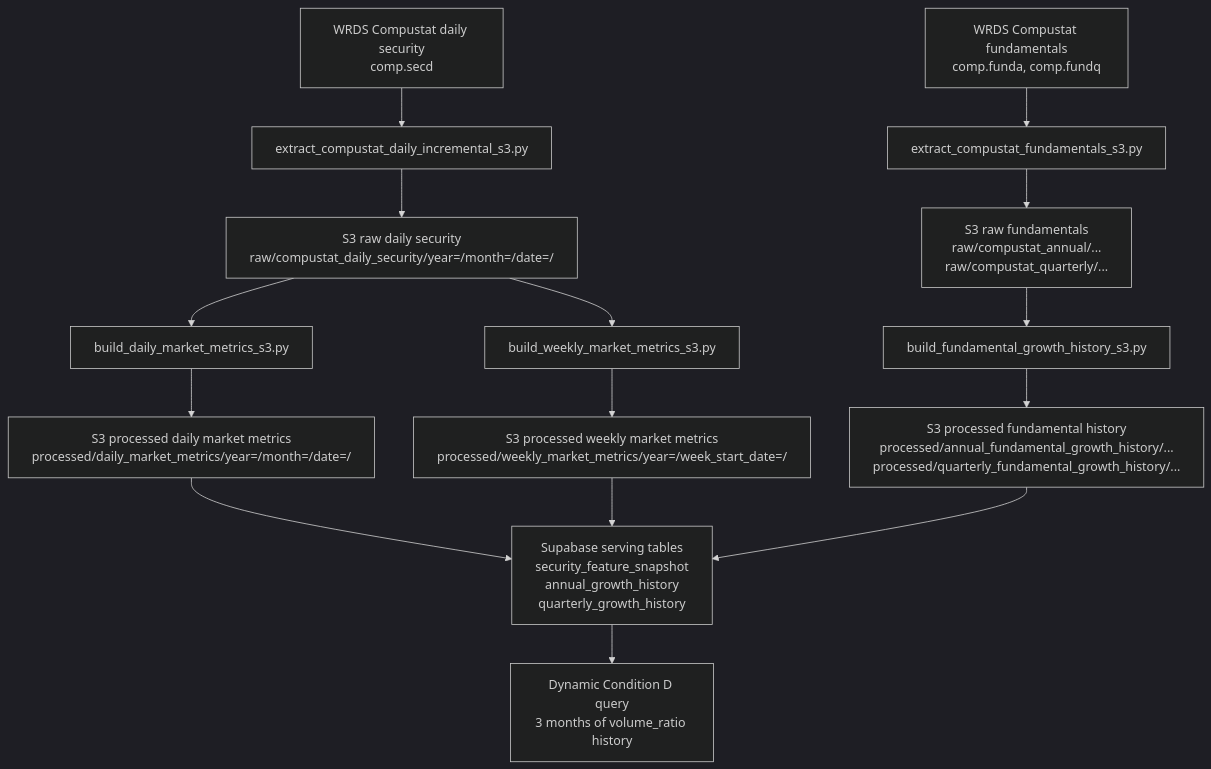
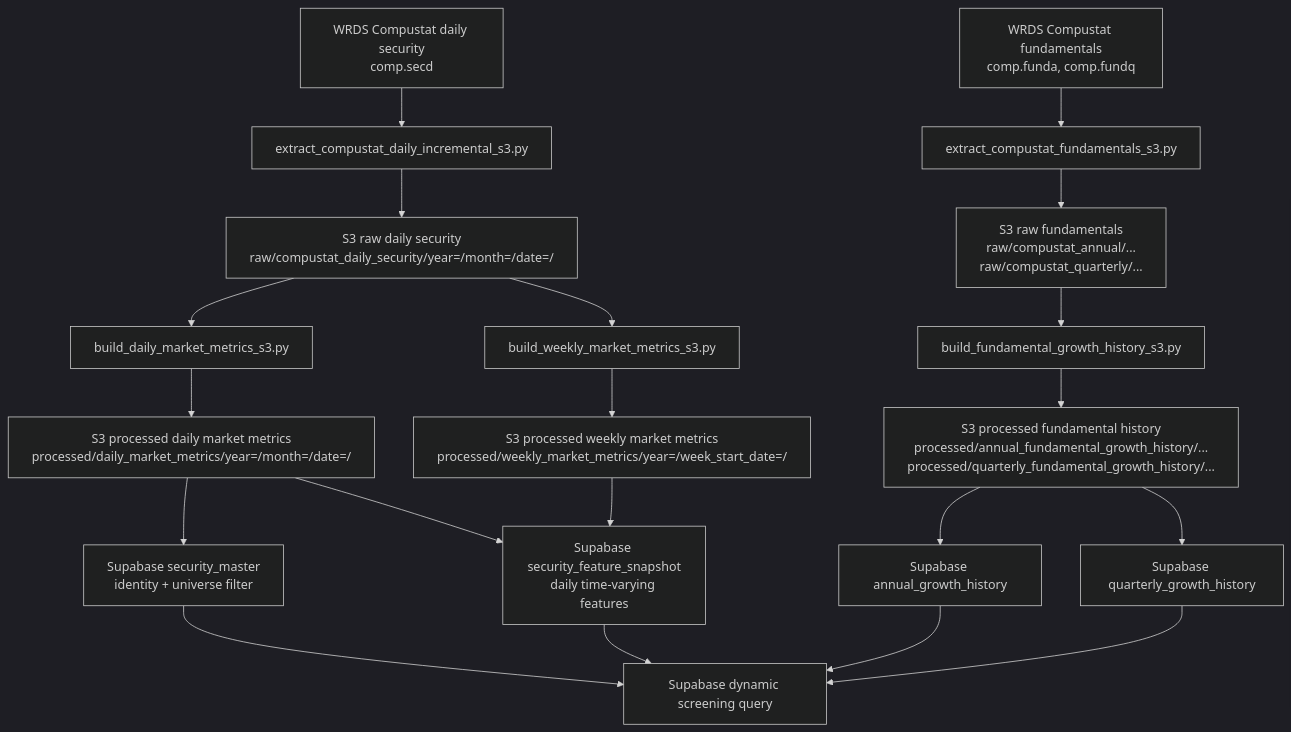
Before and after one commit to ysnoGit/nasdaq-stock-recommendation: the diagram in docs/full_pipeline_data_flow.md, drawn with Mermaid (dark theme). The commit also changed other lines of this file and 12 other files, not shown here.

````diff
--- a/docs/full_pipeline_data_flow.md
+++ b/docs/full_pipeline_data_flow.md
@@ -59,22 +59,27 @@
 ```mermaid
 flowchart TD
     WRDSF["WRDS Compustat fundamentals<br/>comp.funda, comp.fundq"] --> EF["extract_compustat_fundamentals_s3.py"]
     WRDSD["WRDS Compustat daily security<br/>comp.secd"] --> ED["extract_compustat_daily_incremental_s3.py"]
 
     EF --> RAWF["S3 raw fundamentals<br/>raw/compustat_annual/...<br/>raw/compustat_quarterly/..."]
     ED --> RAWD["S3 raw daily security<br/>raw/compustat_daily_security/year=/month=/date=/"]
 
     RAWF --> FGH["build_fundamental_growth_history_s3.py"]
     FGH --> PFH["S3 processed fundamental history<br/>processed/annual_fundamental_growth_history/...<br/>processed/quarterly_fundamental_growth_history/..."]
 
     RAWD --> DMM["build_daily_market_metrics_s3.py"]
     RAWD --> WMM["build_weekly_market_metrics_s3.py"]
 
     DMM --> PDM["S3 processed daily market metrics<br/>processed/daily_market_metrics/year=/month=/date=/"]
     WMM --> PWM["S3 processed weekly market metrics<br/>processed/weekly_market_metrics/year=/week_start_date=/"]
 
-    PDM --> SUPA["Supabase serving tables<br/>security_feature_snapshot<br/>annual_growth_history<br/>quarterly_growth_history"]
-    PWM --> SUPA
-    PFH --> SUPA
-    SUPA --> DYN["Dynamic Condition D query<br/>3 months of volume_ratio history"]
+    PDM --> SM["Supabase security_master<br/>identity + universe filter"]
+    PDM --> SFS["Supabase security_feature_snapshot<br/>daily time-varying features"]
+    PWM --> SFS
+    PFH --> AGH["Supabase annual_growth_history"]
+    PFH --> QGH["Supabase quarterly_growth_history"]
+    SM --> DYN["Supabase dynamic screening query"]
+    SFS --> DYN
+    AGH --> DYN
+    QGH --> DYN
 ```
````
